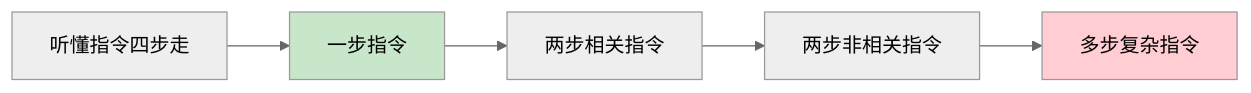
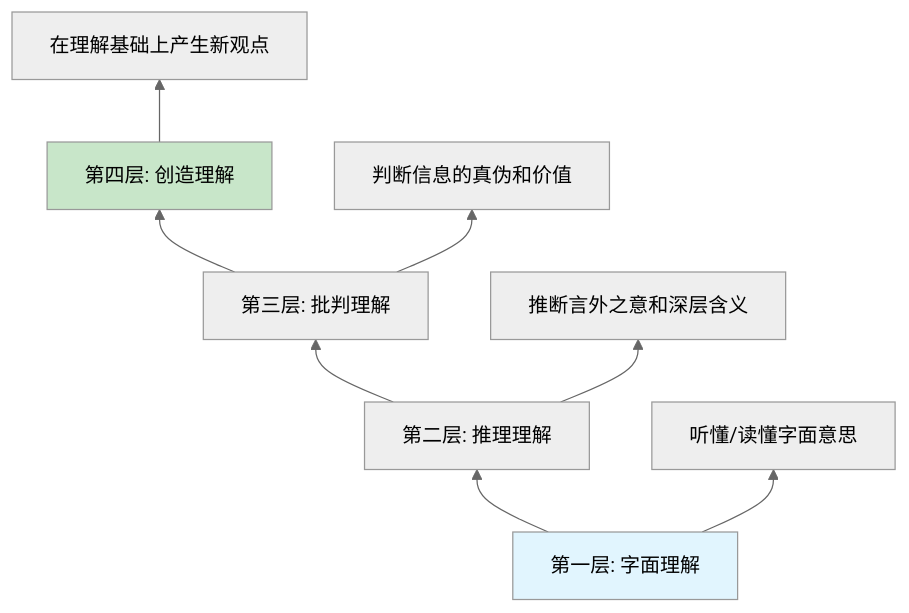
Before and after one commit to chongyang211/YCBookBlog: the second of 12 diagrams in 10.自我进阶提升书/06.语言沟通的演进/6.3理解能力的锻炼.md, drawn with Mermaid (neutral theme). The commit also changed other lines of this file, not shown here.

````diff
--- a/10.自我进阶提升书/06.语言沟通的演进/6.3理解能力的锻炼.md
+++ b/10.自我进阶提升书/06.语言沟通的演进/6.3理解能力的锻炼.md
@@ -58,9 +48,12 @@
 ```mermaid
-graph LR
-    A[听懂指令四步走] --> B[一步指令]
-    B --> C[两步相关指令]
-    C --> D[两步非相关指令]
-    D --> E[多步复杂指令]
-    style B fill:#c8e6c9
-    style E fill:#ffcdd2
+graph BT
+    A[第一层: 字面理解] --> B[第二层: 推理理解]
+    B --> C[第三层: 批判理解]
+    C --> D[第四层: 创造理解]
+    A --> A1[听懂/读懂字面意思]
+    B --> B1[推断言外之意和深层含义]
+    C --> C1[判断信息的真伪和价值]
+    D --> D1[在理解基础上产生新观点]
+    style A fill:#e1f5fe
+    style D fill:#c8e6c9
 ```
````
